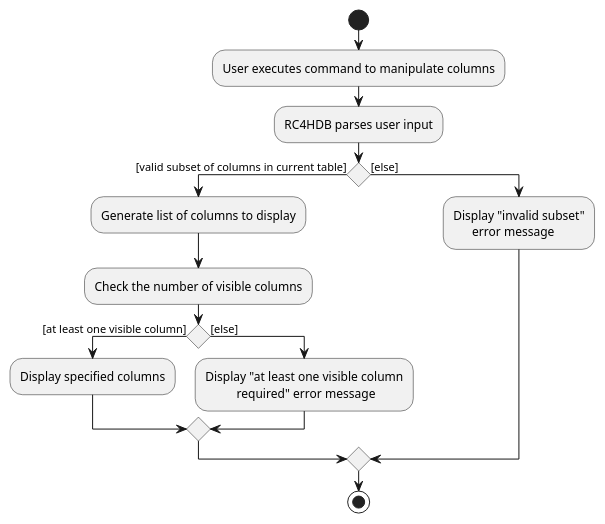
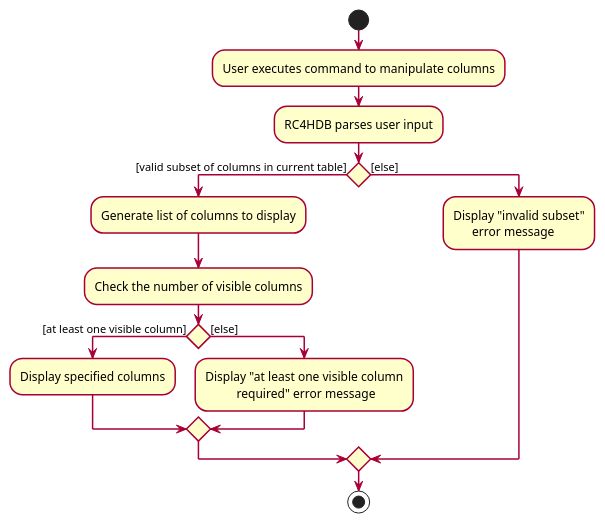
Before and after one commit to nus-cs2103-AY2223S1/tp: the diagram in docs/diagrams/ManipulatingColumnsActivityDiagram.puml, drawn with PlantUML. The commit also changed 1 other file, not shown here.

Commit message:
Standardise colour of activity diagram in DG

```diff
--- a/docs/diagrams/ManipulatingColumnsActivityDiagram.puml
+++ b/docs/diagrams/ManipulatingColumnsActivityDiagram.puml
@@ -1,23 +1,33 @@
 @startuml
+
+skinparam Shadowing false
+skinparam ArrowColor #A80036
+
+skinparam activity {
+  BackgroundColor Business
+  BorderColor #A80036
+  BorderThickness 1.5
+}
+
 start
 :User executes command to manipulate columns;
 :RC4HDB parses user input;
 
 'Since the beta syntax does not support placing the condition outside the
 'diamond we place it as the true branch instead.
 
 if () then ([valid subset of columns in current table])
     :Generate list of columns to display;
     :Check the number of visible columns;
     if () then ([at least one visible column])
     :Display specified columns;
     else ([else])
     :Display "at least one visible column
               required" error message;
     endif
 else ([else])
     :Display "invalid subset"
           error message;
 endif
 stop
 @enduml
```
